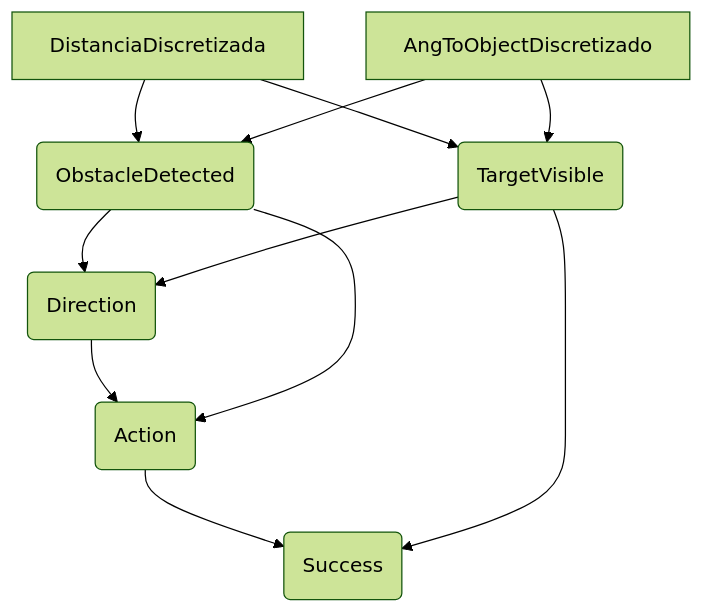
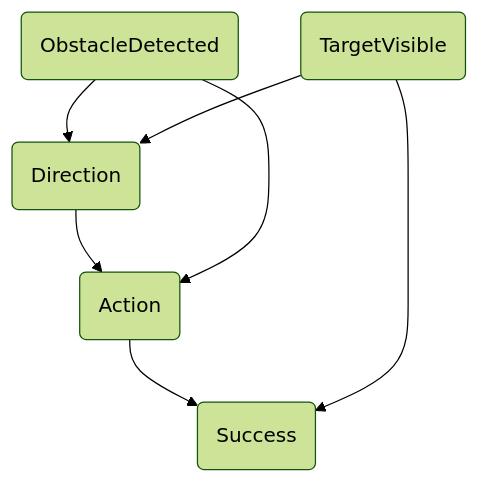
The diagram in trab_final/bayes.md (joaoBernardinoo/avoid-obstacle-collision), drawn with Mermaid (forest theme) before and after one commit. The commit also changed 3 other files, not shown here.

```diff
--- a/trab_final/bayes.md
+++ b/trab_final/bayes.md
@@ -2,13 +2,9 @@
 ::: mermaid
 graph TD
-    D[DistanciaDiscretizada] --> OD(ObstacleDetected)
-    A[AngToObjectDiscretizado] --> OD
-    D --> TV(TargetVisible)
-    A --> TV
-    OD --> Dir(Direction)
-    TV --> Dir
+    OD(ObstacleDetected) --> Dir(Direction)
+    TV(TargetVisible) --> Dir
     Dir --> Act(Action)
     OD --> Act
     Act --> S(Success)
     TV --> S
 :::
```
